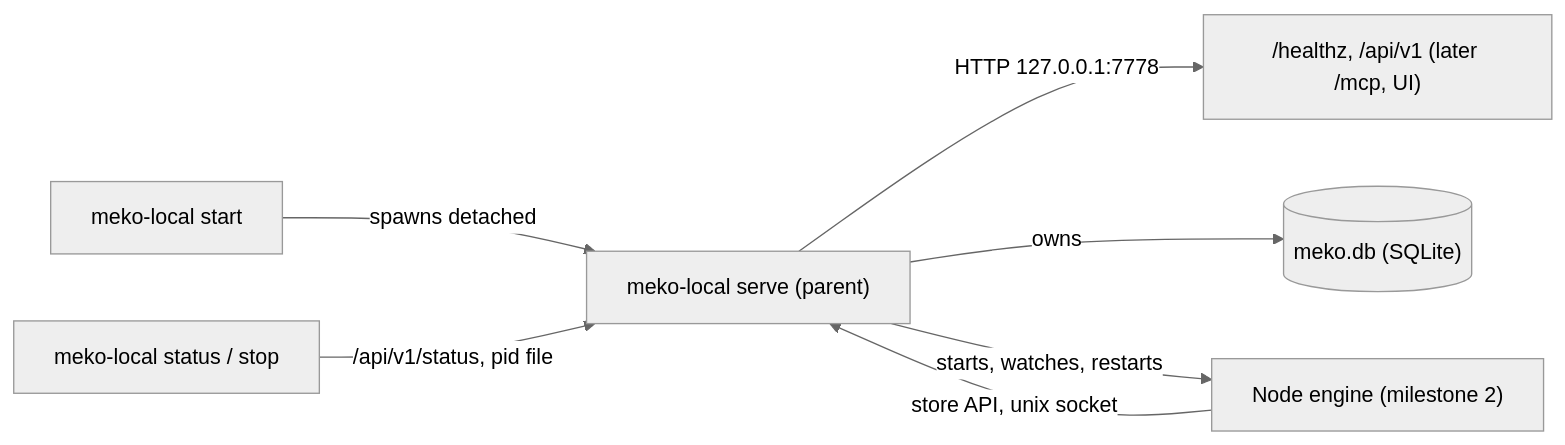
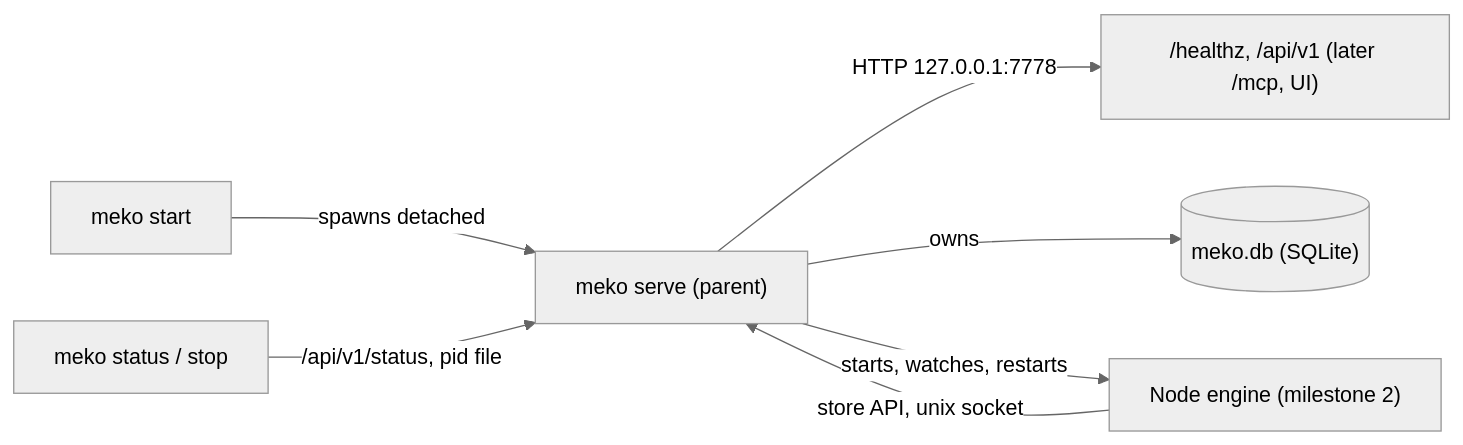
Before and after one commit to yugabyte/meko: the diagram in backend/docs/design.md, drawn with Mermaid (neutral theme). The commit also changed other lines of this file and 54 other files, not shown here.

First line of the commit message:
chore(backend): rename Meko Local to Meko

````diff
--- a/backend/docs/design.md
+++ b/backend/docs/design.md
@@ -60,9 +65,9 @@
 ```mermaid
 flowchart LR
-  cli["meko-local start"] -->|spawns detached| serve["meko-local serve (parent)"]
+  cli["meko start"] -->|spawns detached| serve["meko serve (parent)"]
   serve -->|"HTTP 127.0.0.1:7778"| api["/healthz, /api/v1 (later /mcp, UI)"]
   serve -->|"owns"| db[("meko.db (SQLite)")]
   serve -->|"starts, watches, restarts"| engine["Node engine (milestone 2)"]
   engine -->|"store API, unix socket"| serve
-  status["meko-local status / stop"] -->|"/api/v1/status, pid file"| serve
+  status["meko status / stop"] -->|"/api/v1/status, pid file"| serve
 ```
````
